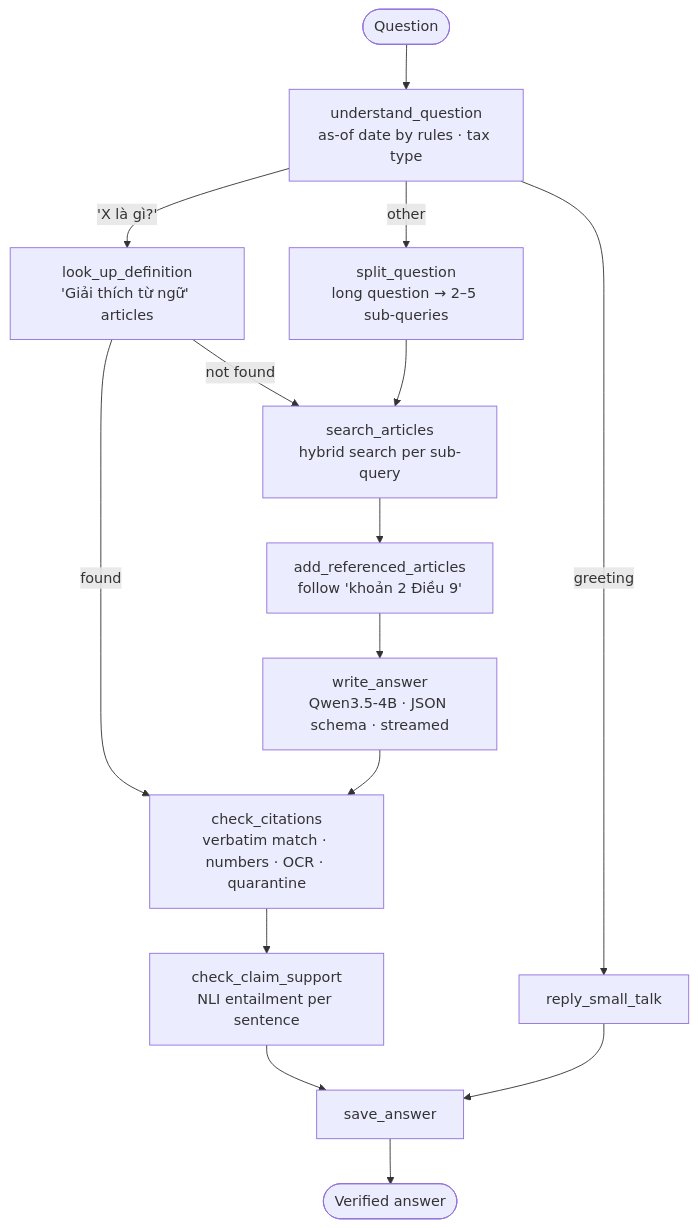
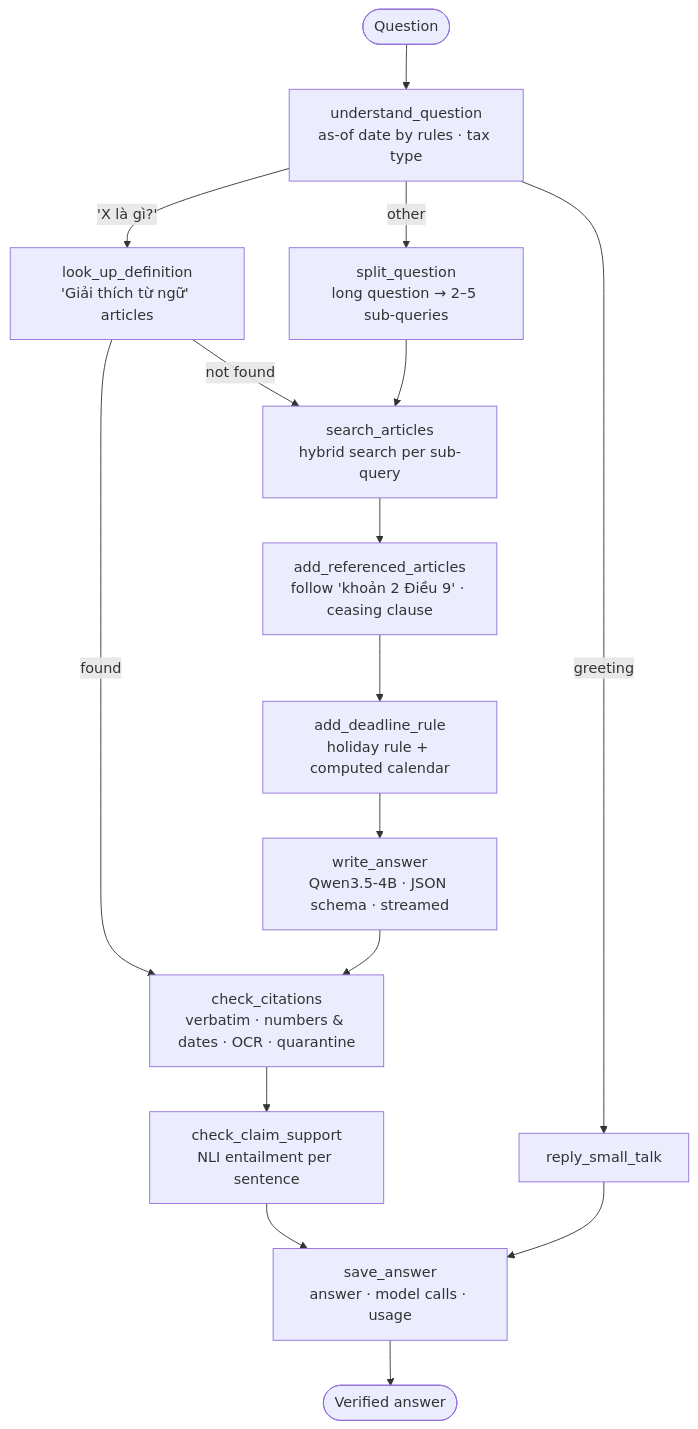
The fourth of 5 diagrams in README.md (Shicukoe/TaxAssistant), drawn with Mermaid before and after one commit. The commit also changed other lines of this file and 49 other files, not shown here.

````diff
--- a/README.md
+++ b/README.md
@@ -150,17 +184,18 @@
 ```mermaid
 flowchart TD
     Q([Question]) --> U["understand_question<br/>as-of date by rules · tax type"]
     U -->|greeting| ST["reply_small_talk"]
     U -->|"'X là gì?'"| DEF["look_up_definition<br/>'Giải thích từ ngữ' articles"]
     U -->|other| SP["split_question<br/>long question → 2–5 sub-queries"]
     DEF -->|not found| SA
     SP --> SA["search_articles<br/>hybrid search per sub-query"]
-    SA --> RA["add_referenced_articles<br/>follow 'khoản 2 Điều 9'"]
-    RA --> WA["write_answer<br/>Qwen3.5-4B · JSON schema · streamed"]
+    SA --> RA["add_referenced_articles<br/>follow 'khoản 2 Điều 9' · ceasing clause"]
+    RA --> DL["add_deadline_rule<br/>holiday rule + computed calendar"]
+    DL --> WA["write_answer<br/>Qwen3.5-4B · JSON schema · streamed"]
     DEF -->|found| CC
-    WA --> CC["check_citations<br/>verbatim match · numbers · OCR · quarantine"]
+    WA --> CC["check_citations<br/>verbatim · numbers & dates · OCR · quarantine"]
     CC --> CS["check_claim_support<br/>NLI entailment per sentence"]
-    CS --> SV["save_answer"]
+    CS --> SV["save_answer<br/>answer · model calls · usage"]
     ST --> SV
     SV --> A([Verified answer])
 ```
````
